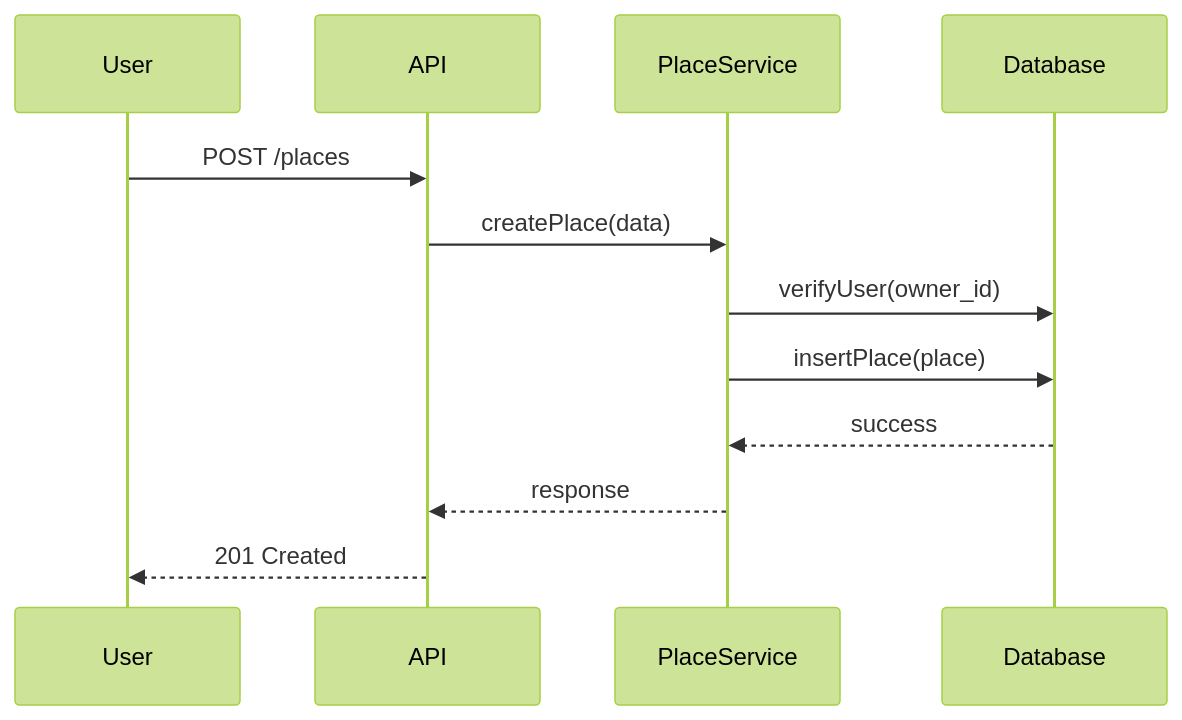
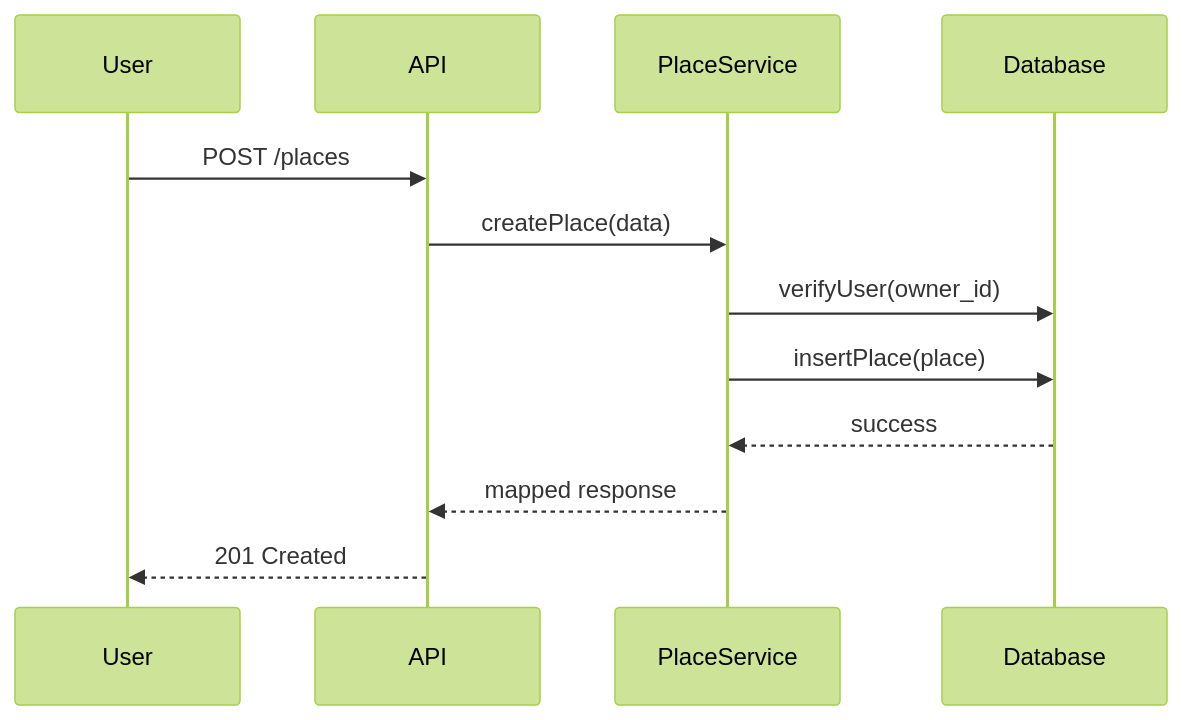
The fourth of 6 diagrams in part1/README.md (ScOreX-242/holbertonschool-hbnb), drawn with Mermaid (forest theme) before and after one commit. The commit also changed other lines of this file, not shown here.

````diff
--- a/part1/README.md
+++ b/part1/README.md
@@ -132,15 +143,15 @@
 ```mermaid
 sequenceDiagram
     participant User
     participant API
     participant PlaceService
     participant Database
 
     User->>API: POST /places
     API->>PlaceService: createPlace(data)
     PlaceService->>Database: verifyUser(owner_id)
     PlaceService->>Database: insertPlace(place)
     Database-->>PlaceService: success
-    PlaceService-->>API: response
+    PlaceService-->>API: mapped response
     API-->>User: 201 Created
 ```
````
